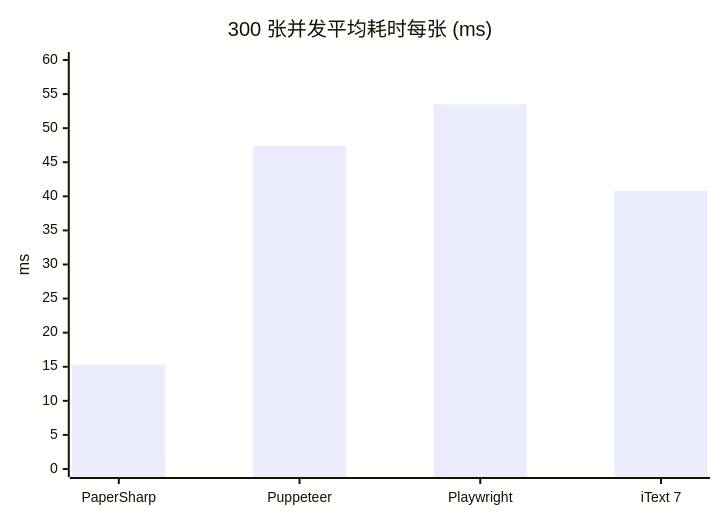
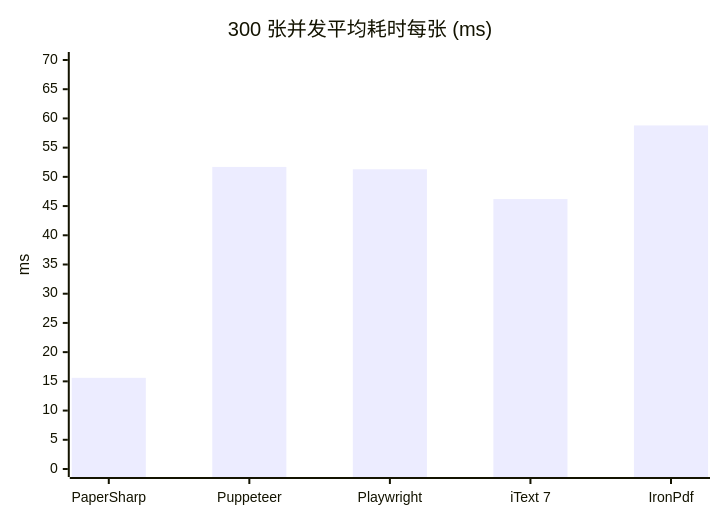
One commit to SpringHgui/papersharp changed the third of 4 diagrams in README.md. Above: the diagram before and after it, drawn with Mermaid. The commit also changed other lines of this file and 12 other files, not shown here.

First line of the commit message:
bench: 加入 IronPdf（trial）实测，沉淀 v1.0.4 快照并更新图表/文档

````diff
--- a/README.md
+++ b/README.md
@@ -217,7 +101,7 @@
 ```mermaid
 xychart-beta
     title "300 张并发平均耗时每张 (ms)"
-    x-axis ["PaperSharp", "Puppeteer", "Playwright", "iText 7"]
-    y-axis "ms" 0 --> 60
-    bar [15.3, 47.4, 53.5, 40.8]
+    x-axis ["PaperSharp", "Puppeteer", "Playwright", "iText 7", "IronPdf"]
+    y-axis "ms" 0 --> 70
+    bar [15.6, 51.7, 51.3, 46.2, 58.8]
 ```
````
